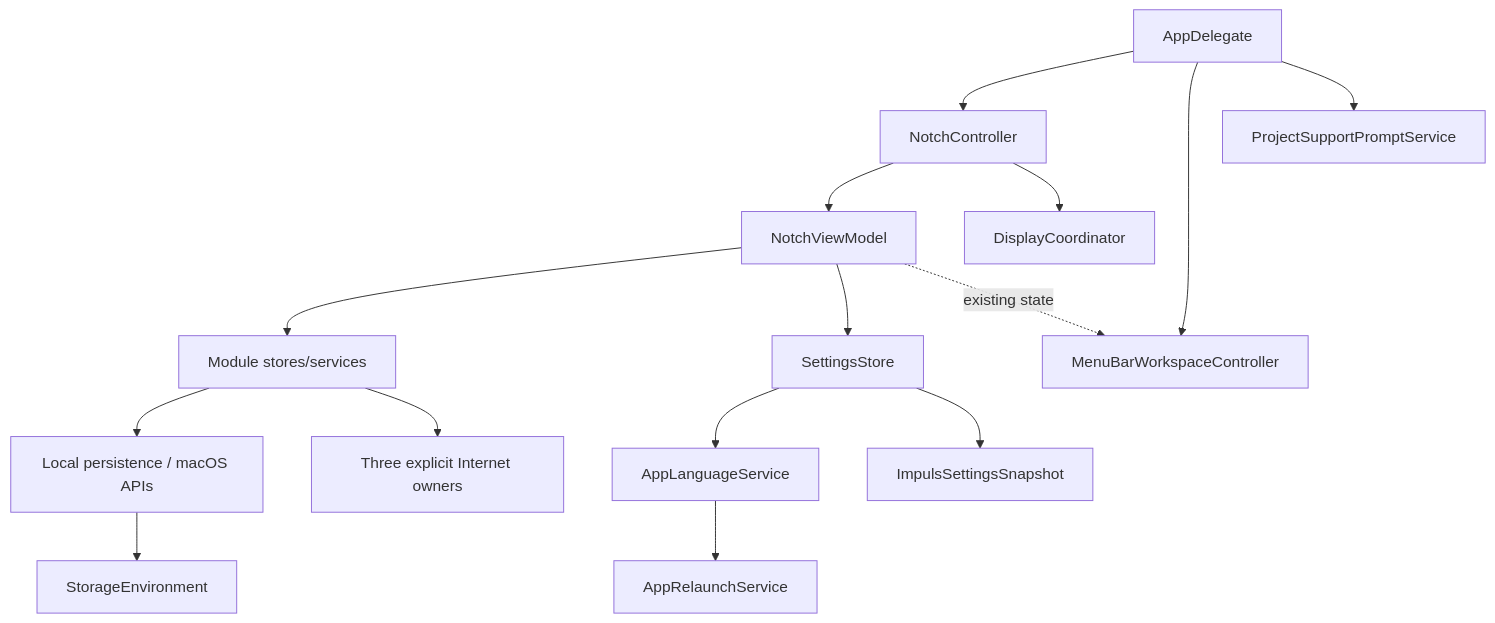
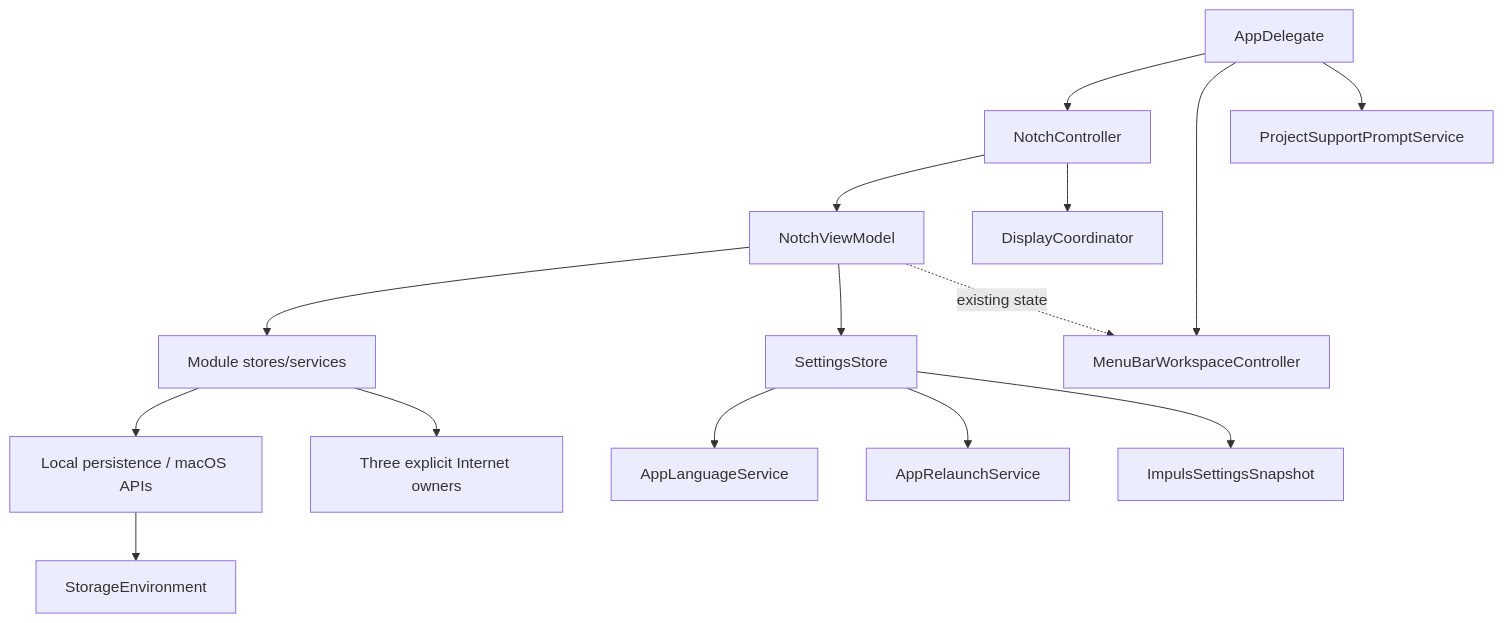
The diagram in knowledge-base/12-reference/core-type-reference.md (TumanovNV/impuls), drawn with Mermaid before and after one commit. The commit also changed other lines of this file, not shown here.

````diff
--- a/knowledge-base/12-reference/core-type-reference.md
+++ b/knowledge-base/12-reference/core-type-reference.md
@@ -21,19 +21,19 @@
 ```mermaid
 flowchart TD
     APP[AppDelegate] --> CTRL[NotchController]
     APP --> MB[MenuBarWorkspaceController]
     APP --> SUPPORT[ProjectSupportPromptService]
     CTRL --> VM[NotchViewModel]
     CTRL --> DISP[DisplayCoordinator]
     VM --> MOD[Module stores/services]
     VM --> SETTINGS[SettingsStore]
     SETTINGS --> LANG[AppLanguageService]
-    LANG --> RELAUNCH[AppRelaunchService]
+    SETTINGS --> RELAUNCH[AppRelaunchService]
     VM -.existing state.-> MB
 
     MOD --> LOCAL[Local persistence / macOS APIs]
     MOD --> NET[Three explicit Internet owners]
 
     SETTINGS --> SNAP[ImpulsSettingsSnapshot]
     LOCAL --> ENV[StorageEnvironment]
 ```
````
